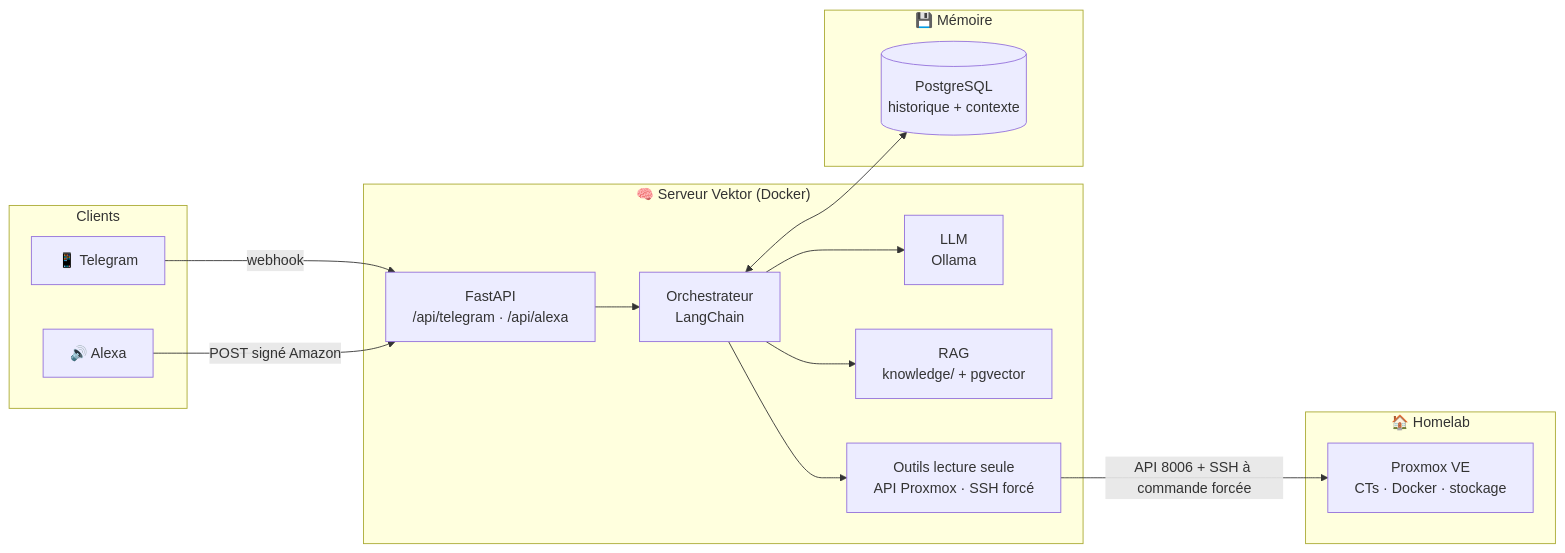
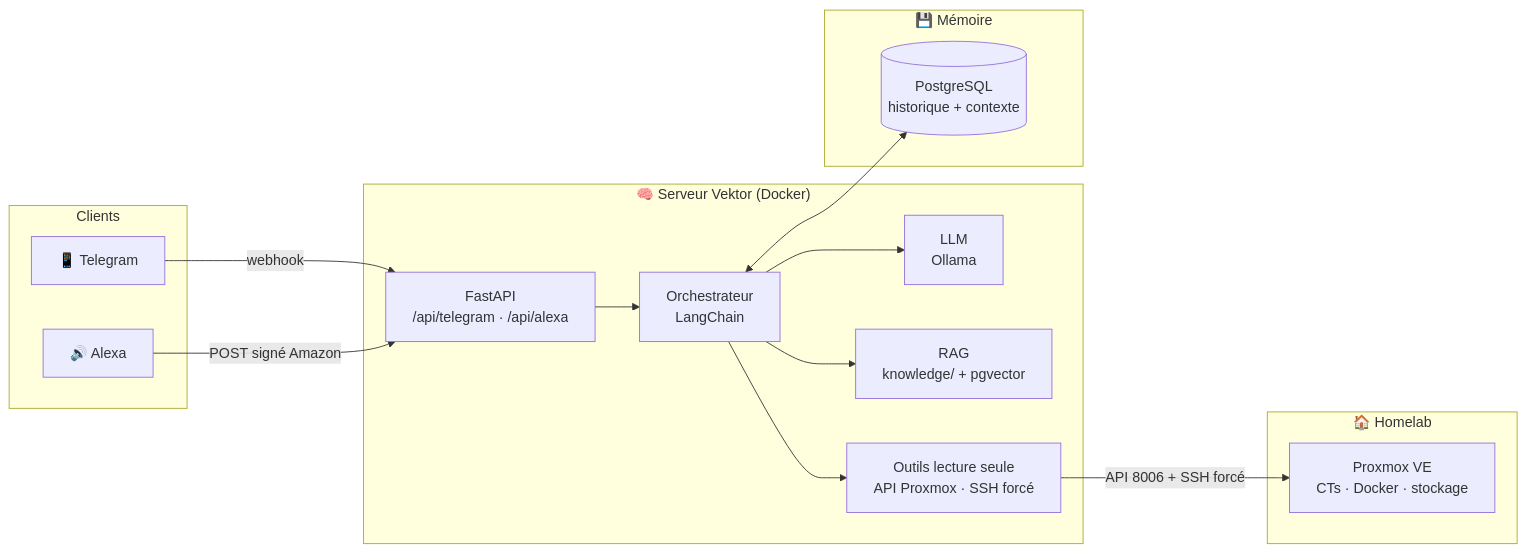
Before and after one commit to Tom1419-git/vektor: the diagram in README.md, drawn with Mermaid.

Commit message:
README : labels Mermaid avec br pour un rendu fiable sur GitHub

````diff
--- a/README.md
+++ b/README.md
@@ -15,32 +15,32 @@
 ```mermaid
 flowchart LR
     subgraph Clients
         TG["📱 Telegram"]
         AX["🔊 Alexa"]
     end
 
     subgraph Serveur["🧠 Serveur Vektor (Docker)"]
-        API["FastAPI\n/api/telegram · /api/alexa"]
-        ORCH["Orchestrateur\nLangChain"]
-        LLM["LLM\nOllama"]
-        RAG["RAG\nknowledge/ + pgvector"]
-        TOOLS["Outils lecture seule\nAPI Proxmox · SSH forcé"]
+        API["FastAPI<br/>/api/telegram · /api/alexa"]
+        ORCH["Orchestrateur<br/>LangChain"]
+        LLM["LLM<br/>Ollama"]
+        RAG["RAG<br/>knowledge/ + pgvector"]
+        TOOLS["Outils lecture seule<br/>API Proxmox · SSH forcé"]
     end
 
     subgraph Homelab["🏠 Homelab"]
         PVE["Proxmox VE\nCTs · Docker · stockage"]
     end
 
     subgraph Memo["💾 Mémoire"]
-        PG[("PostgreSQL\nhistorique + contexte")]
+        PG[("PostgreSQL<br/>historique + contexte")]
     end
 
     TG -->|webhook| API
     AX -->|POST signé Amazon| API
     API --> ORCH
     ORCH --> RAG
     ORCH --> LLM
     ORCH --> TOOLS
-    TOOLS -->|API 8006 + SSH à commande forcée| PVE
+    TOOLS -->|API 8006 + SSH forcé| PVE
     ORCH <--> PG
 ```
````
